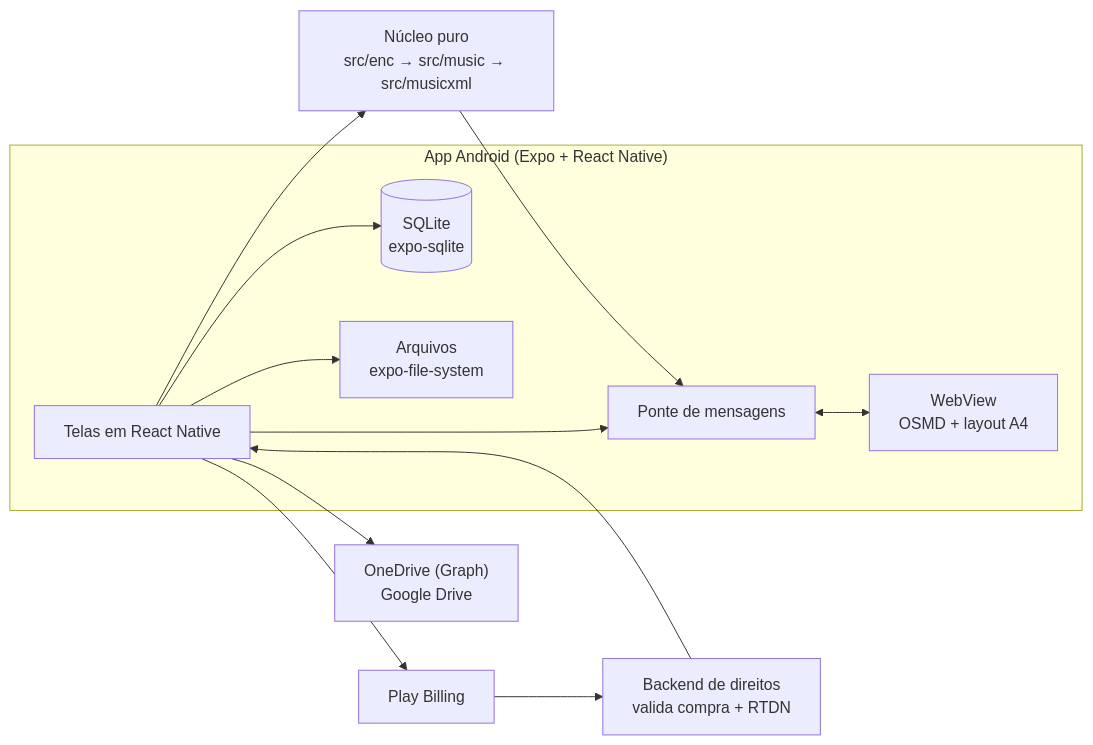
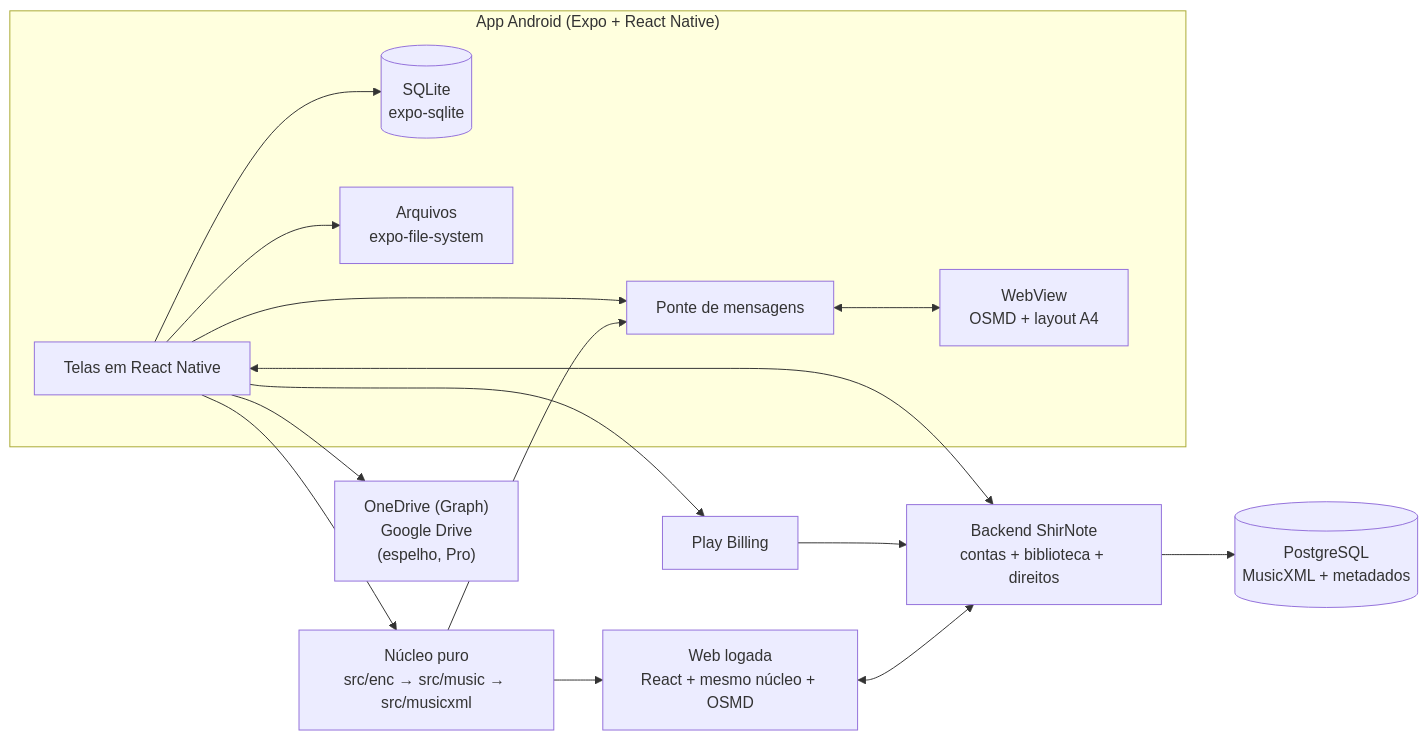
The diagram in docs/PRD — App Móvel de Partituras ShirNote.md (LeonardoZappiRamos/ShirNote), drawn with Mermaid before and after one commit. The commit also changed other lines of this file and 12 other files, not shown here.

First line of the commit message:
docs: PRD v2.0 com contas, biblioteca no servidor e web logada

````diff
--- a/docs/PRD — App Móvel de Partituras ShirNote.md
+++ b/docs/PRD — App Móvel de Partituras ShirNote.md
@@ -154,25 +183,30 @@
 ```mermaid
 flowchart LR
   subgraph app["App Android (Expo + React Native)"]
     ui["Telas em React Native"]
     wv["WebView<br/>OSMD + layout A4"]
     db[("SQLite<br/>expo-sqlite")]
     files["Arquivos<br/>expo-file-system"]
     bridge["Ponte de mensagens"]
   end
   core["Núcleo puro<br/>src/enc → src/music → src/musicxml"]
-  cloud["OneDrive (Graph)<br/>Google Drive"]
+  cloud["OneDrive (Graph)<br/>Google Drive<br/>(espelho, Pro)"]
   store["Play Billing"]
-  api["Backend de direitos<br/>valida compra + RTDN"]
+  api["Backend ShirNote<br/>contas + biblioteca + direitos"]
+  pg[("PostgreSQL<br/>MusicXML + metadados")]
+  web["Web logada<br/>React + mesmo núcleo + OSMD"]
 
   ui --> db
   ui --> files
   ui --> bridge
   bridge <--> wv
   ui --> core
   core --> bridge
   ui --> cloud
   ui --> store
   store --> api
-  api --> ui
+  api <--> ui
+  api --> pg
+  web <--> api
+  core --> web
 ```
````
